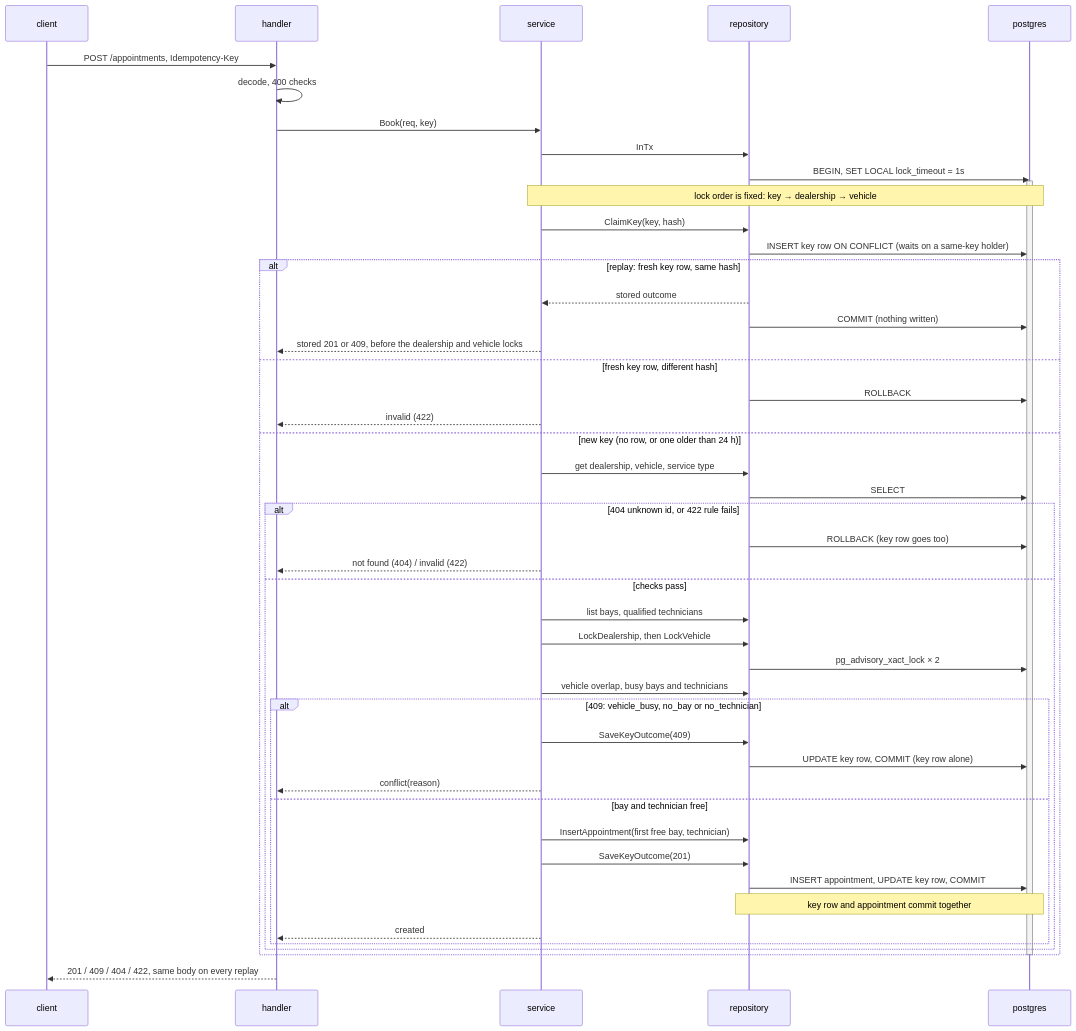
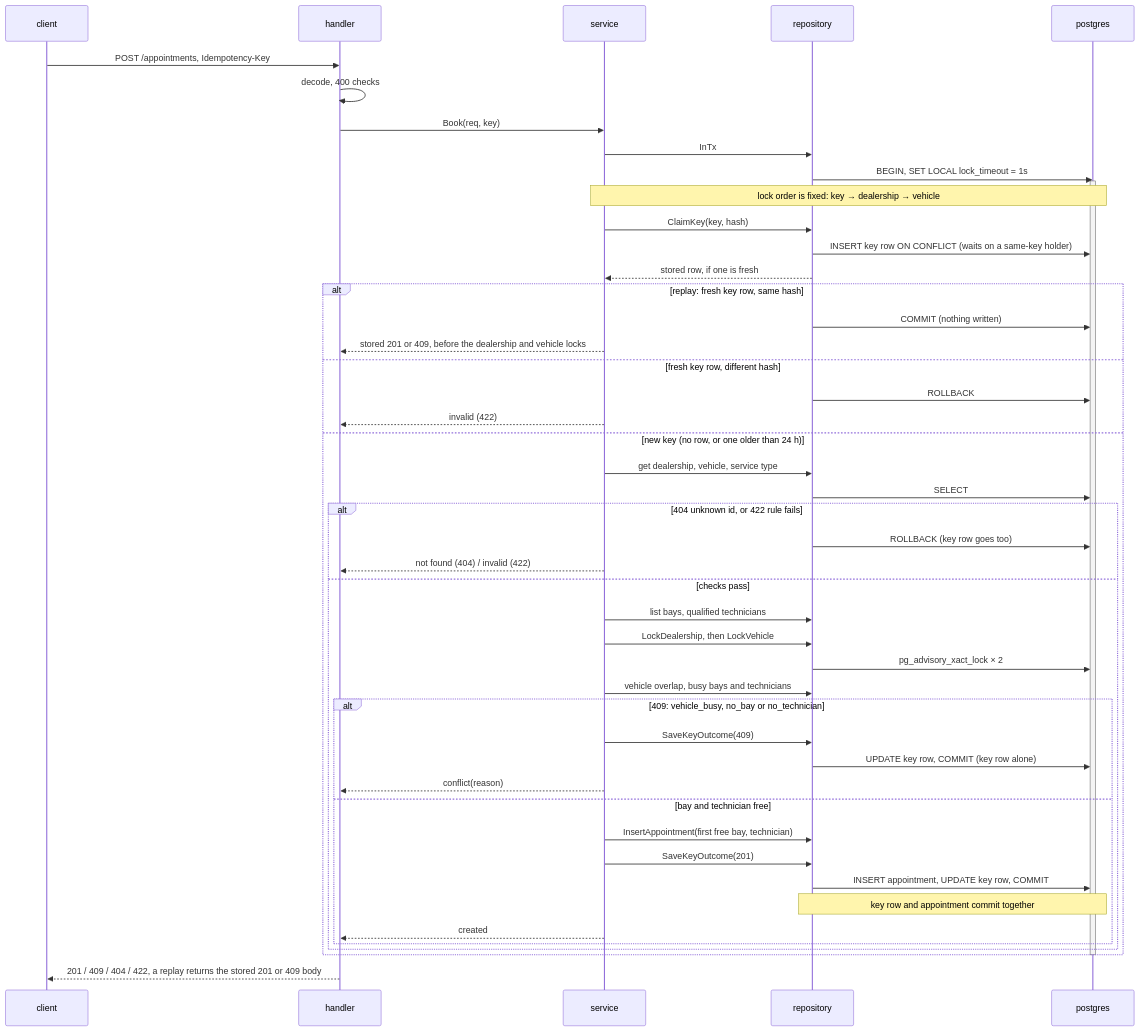
One commit to vumanhcuongit/service-bay-scheduler changed the second of 2 diagrams in docs/design.md. Above: the diagram before and after it, drawn with Mermaid. The commit also changed other lines of this file, not shown here.

Commit message:
docs: §4 diagram review fixes, ClaimKey return above the alt, only 201 and 409 replay, qualified technicians in step 5

````diff
--- a/docs/design.md
+++ b/docs/design.md
@@ -93,51 +93,51 @@
 ```mermaid
 sequenceDiagram
     participant C as client
     participant H as handler
     participant S as service
     participant R as repository
     participant P as postgres
 
     C->>H: POST /appointments, Idempotency-Key
     H->>H: decode, 400 checks
     H->>S: Book(req, key)
     S->>R: InTx
     R->>P: BEGIN, SET LOCAL lock_timeout = 1s
     activate P
     Note over S,P: lock order is fixed: key → dealership → vehicle
     S->>R: ClaimKey(key, hash)
     R->>P: INSERT key row ON CONFLICT (waits on a same-key holder)
+    R-->>S: stored row, if one is fresh
     alt replay: fresh key row, same hash
-        R-->>S: stored outcome
         R->>P: COMMIT (nothing written)
         S-->>H: stored 201 or 409, before the dealership and vehicle locks
     else fresh key row, different hash
         R->>P: ROLLBACK
         S-->>H: invalid (422)
     else new key (no row, or one older than 24 h)
         S->>R: get dealership, vehicle, service type
         R->>P: SELECT
         alt 404 unknown id, or 422 rule fails
             R->>P: ROLLBACK (key row goes too)
             S-->>H: not found (404) / invalid (422)
         else checks pass
             S->>R: list bays, qualified technicians
             S->>R: LockDealership, then LockVehicle
             R->>P: pg_advisory_xact_lock × 2
             S->>R: vehicle overlap, busy bays and technicians
             alt 409: vehicle_busy, no_bay or no_technician
                 S->>R: SaveKeyOutcome(409)
                 R->>P: UPDATE key row, COMMIT (key row alone)
                 S-->>H: conflict(reason)
             else bay and technician free
                 S->>R: InsertAppointment(first free bay, technician)
                 S->>R: SaveKeyOutcome(201)
                 R->>P: INSERT appointment, UPDATE key row, COMMIT
                 Note over R,P: key row and appointment commit together
                 S-->>H: created
             end
         end
     end
     deactivate P
-    H-->>C: 201 / 409 / 404 / 422, same body on every replay
+    H-->>C: 201 / 409 / 404 / 422, a replay returns the stored 201 or 409 body
 ```
````
